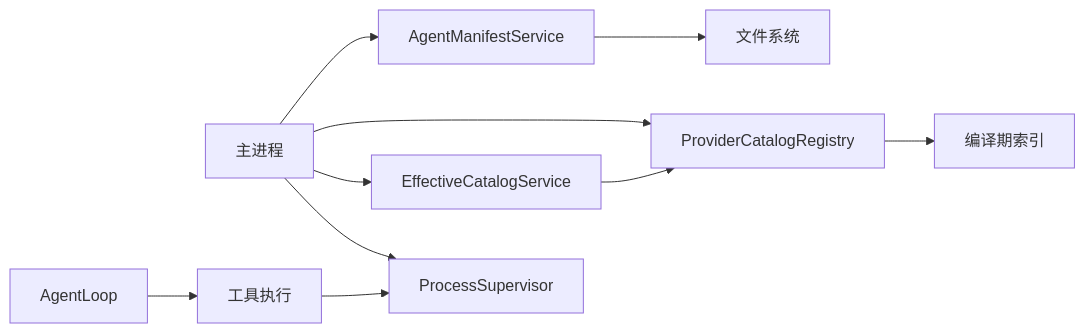
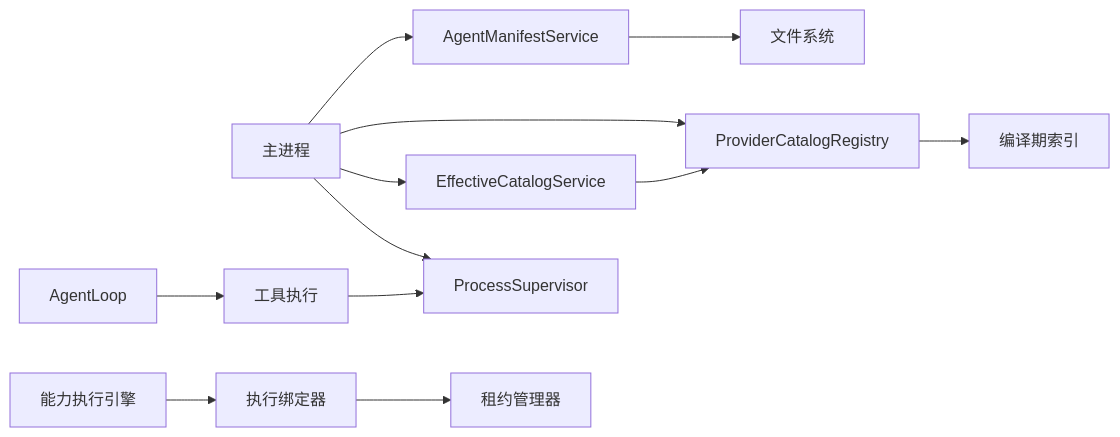
Diagram 11 of 11 in .qoder/repowiki/zh/content/扩展开发/扩展生命周期管理.md (haolange/RDC-Agent), drawn with Mermaid before and after one commit. The commit also changed other lines of this file and 221 other files, not shown here.

````diff
--- a/.qoder/repowiki/zh/content/扩展开发/扩展生命周期管理.md
+++ b/.qoder/repowiki/zh/content/扩展开发/扩展生命周期管理.md
@@ -355,12 +416,14 @@
 ```mermaid
 graph LR
 Main["主进程"] --> AMS["AgentManifestService"]
 Main --> PRC["ProviderCatalogRegistry"]
 Main --> ECS["EffectiveCatalogService"]
 Main --> PS["ProcessSupervisor"]
 AMS --> FS["文件系统"]
 PRC --> IDX["编译期索引"]
 ECS --> PRC
 Tools["工具执行"] --> PS
 Loop["AgentLoop"] --> Tools
+Exec["能力执行引擎"] --> Binder["执行绑定器"]
+Binder --> Lease["租约管理器"]
 ```
````
